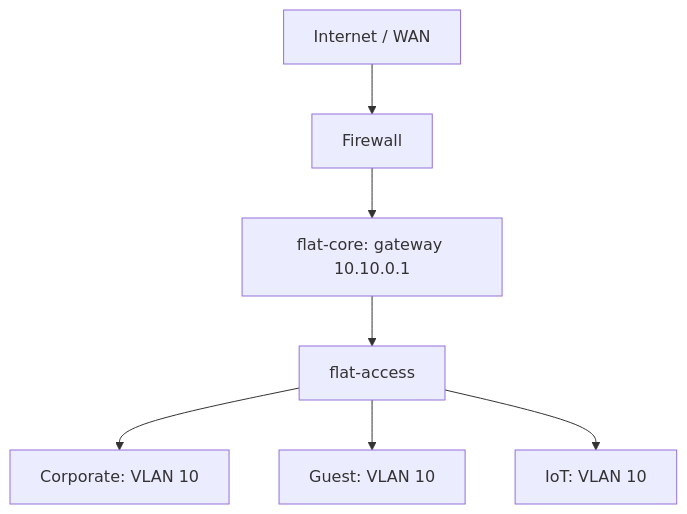
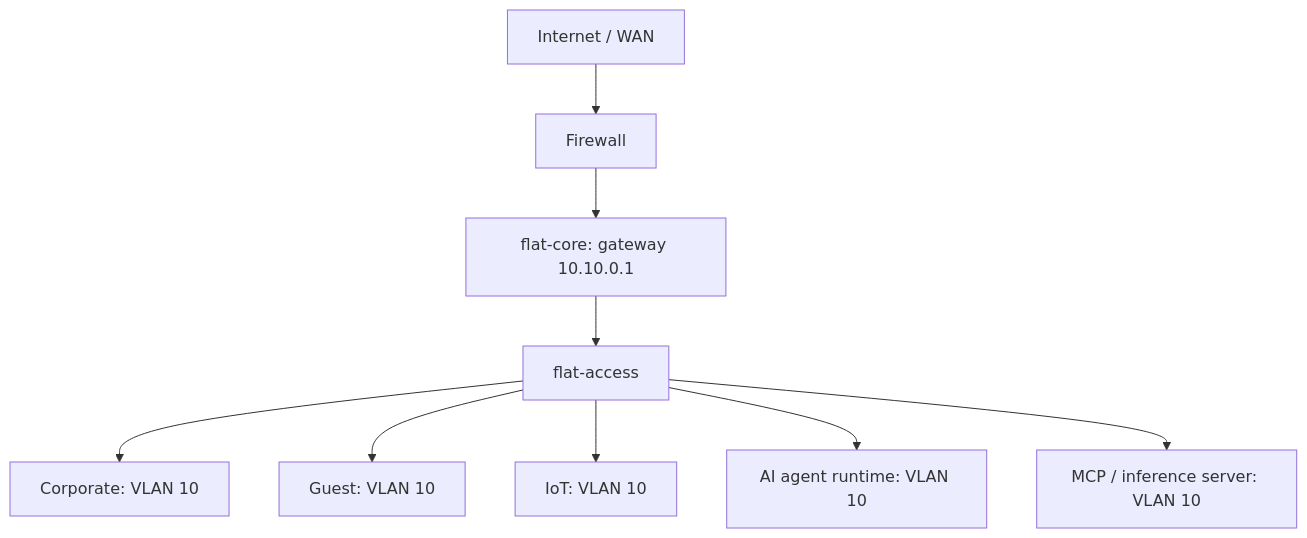
One commit to PaulinoTech1/Vlan-segementation changed the first of 6 diagrams in README.md. Above: the diagram before and after it, drawn with Mermaid. The commit also changed other lines of this file and 32 other files, not shown here.

````diff
--- a/README.md
+++ b/README.md
@@ -11,9 +11,11 @@
 ```mermaid
 flowchart TD
     WAN[Internet / WAN] --> FW[Firewall]
     FW --> CORE[flat-core: gateway 10.10.0.1]
     CORE --> ACCESS[flat-access]
     ACCESS --> CORP[Corporate: VLAN 10]
     ACCESS --> GUEST[Guest: VLAN 10]
     ACCESS --> IOT[IoT: VLAN 10]
+    ACCESS --> AI1[AI agent runtime: VLAN 10]
+    ACCESS --> AI2[MCP / inference server: VLAN 10]
 ```
````
